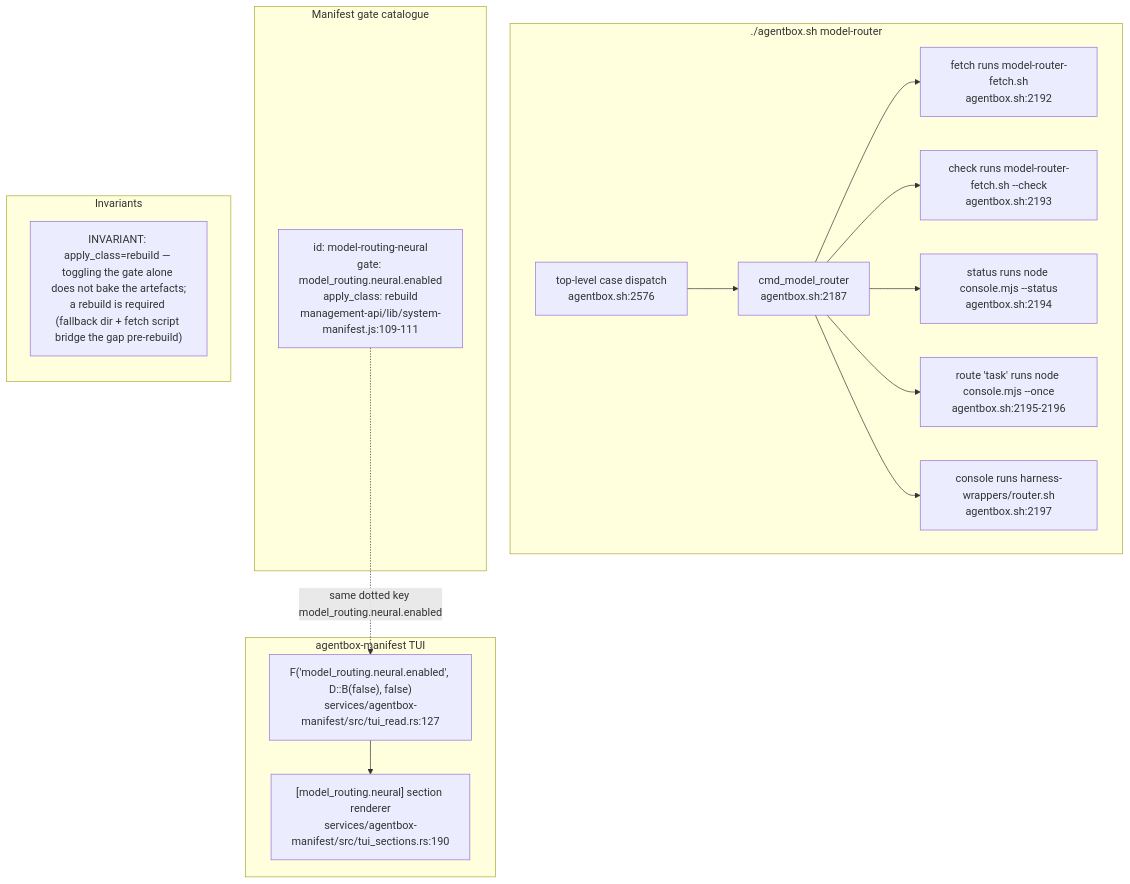
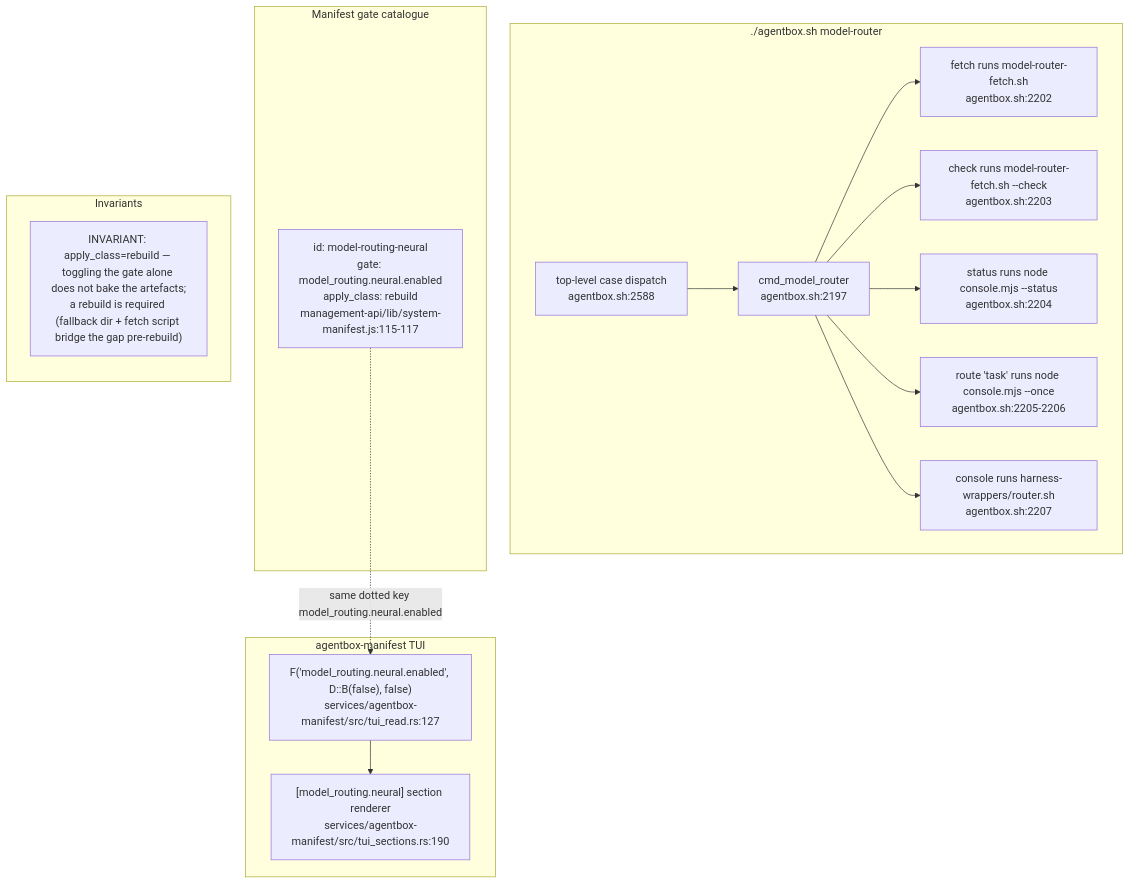
One commit to DreamLab-AI/VisionFlow changed the eighth of 9 diagrams in docs/diagrams/agentbox/29-metaharness-router-console.md. Above: the diagram before and after it, drawn with Mermaid. The commit also changed other lines of this file and 111 other files, not shown here.

Commit message:
docs(diagrams): align estate maps with current source

````diff
--- a/docs/diagrams/agentbox/29-metaharness-router-console.md
+++ b/docs/diagrams/agentbox/29-metaharness-router-console.md
@@ -269,32 +269,32 @@
 ```mermaid
 flowchart TB
     subgraph cli["./agentbox.sh model-router <sub>"]
-        CMD["cmd_model_router<br/>agentbox.sh:2187"]
-        FETCH2["fetch runs model-router-fetch.sh<br/>agentbox.sh:2192"]
-        CHECK2["check runs model-router-fetch.sh --check<br/>agentbox.sh:2193"]
-        STATUS2["status runs node console.mjs --status<br/>agentbox.sh:2194"]
-        ROUTE2["route 'task' runs node console.mjs --once<br/>agentbox.sh:2195-2196"]
-        CONSOLE2["console runs harness-wrappers/router.sh<br/>agentbox.sh:2197"]
-        DISPATCH["top-level case dispatch<br/>agentbox.sh:2576"]
+        CMD["cmd_model_router<br/>agentbox.sh:2197"]
+        FETCH2["fetch runs model-router-fetch.sh<br/>agentbox.sh:2202"]
+        CHECK2["check runs model-router-fetch.sh --check<br/>agentbox.sh:2203"]
+        STATUS2["status runs node console.mjs --status<br/>agentbox.sh:2204"]
+        ROUTE2["route 'task' runs node console.mjs --once<br/>agentbox.sh:2205-2206"]
+        CONSOLE2["console runs harness-wrappers/router.sh<br/>agentbox.sh:2207"]
+        DISPATCH["top-level case dispatch<br/>agentbox.sh:2588"]
     end
     subgraph catalogue["Manifest gate catalogue"]
-        GATE["id: model-routing-neural<br/>gate: model_routing.neural.enabled<br/>apply_class: rebuild<br/>management-api/lib/system-manifest.js:109-111"]
+        GATE["id: model-routing-neural<br/>gate: model_routing.neural.enabled<br/>apply_class: rebuild<br/>management-api/lib/system-manifest.js:115-117"]
     end
     subgraph tui["agentbox-manifest TUI"]
         READ["F('model_routing.neural.enabled', D::B(false), false)<br/>services/agentbox-manifest/src/tui_read.rs:127"]
         RENDER["[model_routing.neural] section renderer<br/>services/agentbox-manifest/src/tui_sections.rs:190"]
     end
     DISPATCH --> CMD
     CMD --> FETCH2
     CMD --> CHECK2
     CMD --> STATUS2
     CMD --> ROUTE2
     CMD --> CONSOLE2
     GATE -.->|"same dotted key model_routing.neural.enabled"| READ
     READ --> RENDER
     subgraph notes["Invariants"]
         direction TB
         N1["INVARIANT: apply_class=rebuild — toggling the gate alone does not bake the artefacts;<br/>a rebuild is required (fallback dir + fetch script bridge the gap pre-rebuild)"]
         N1
     end
 ```
````
